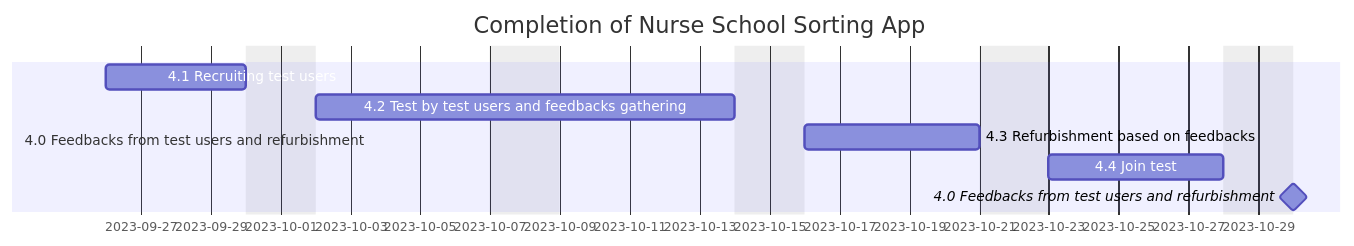
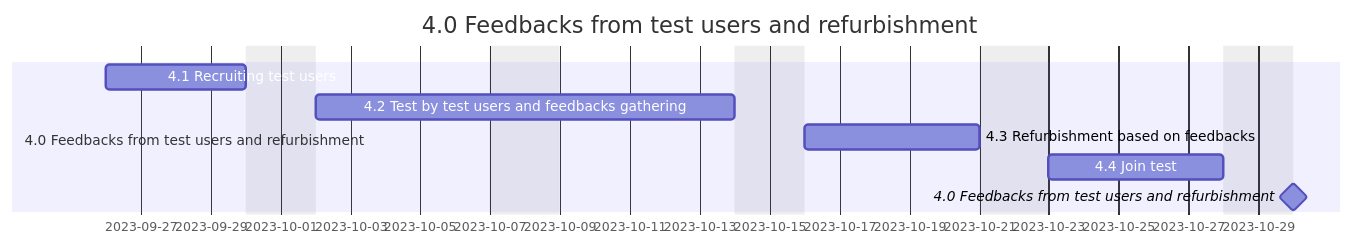
The sixth of 11 diagrams in README.md (riow1983/Coursera-PMP), drawn with Mermaid before and after one commit. The commit also changed other lines of this file, not shown here.

````diff
--- a/README.md
+++ b/README.md
@@ -215,13 +215,13 @@
 ```mermaid
 gantt
   dateFormat  YYYY-MM-DD
-  title       Completion of Nurse School Sorting App
+  title       4.0 Feedbacks from test users and refurbishment
   excludes    weekends
 
   section 4.0 Feedbacks from test users and refurbishment
   4.1 Recruiting test users: 2023-09-26, 4d
   4.2 Test by test users and feedbacks gathering: 10d
   4.3 Refurbishment based on feedbacks: 5d
   4.4 Join test: 5d
   4.0 Feedbacks from test users and refurbishment: milestone, 0d
 ```
````
